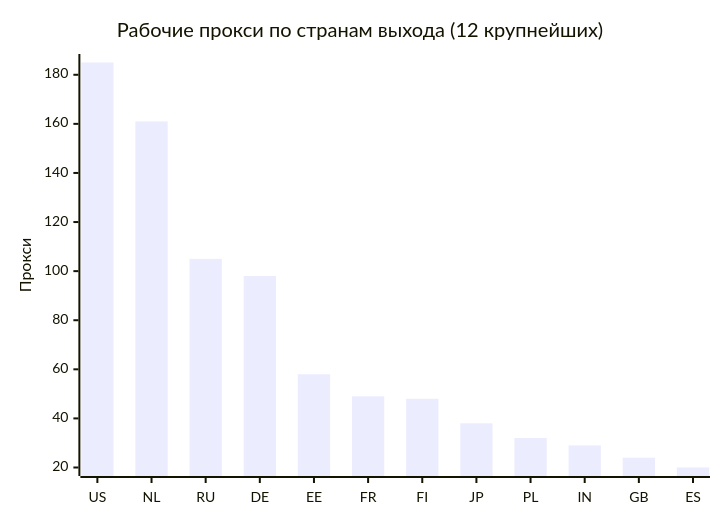
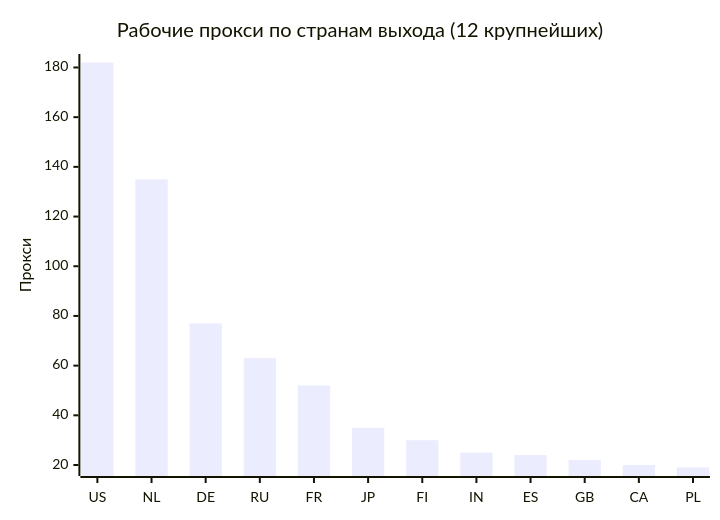
One commit to rvvg/proxy-subs changed the second of 4 diagrams in README.md. Above: the diagram before and after it, drawn with Mermaid. The commit also changed other lines of this file and 55 other files, not shown here.

````diff
--- a/README.md
+++ b/README.md
@@ -136,7 +138,7 @@
 ```mermaid
 xychart-beta
     title "Рабочие прокси по странам выхода (12 крупнейших)"
-    x-axis ["US", "NL", "RU", "DE", "EE", "FR", "FI", "JP", "PL", "IN", "GB", "ES"]
+    x-axis ["US", "NL", "DE", "RU", "FR", "JP", "FI", "IN", "ES", "GB", "CA", "PL"]
     y-axis "Прокси"
-    bar [185, 161, 105, 98, 58, 49, 48, 38, 32, 29, 24, 20]
+    bar [182, 135, 77, 63, 52, 35, 30, 25, 24, 22, 20, 19]
 ```
````
